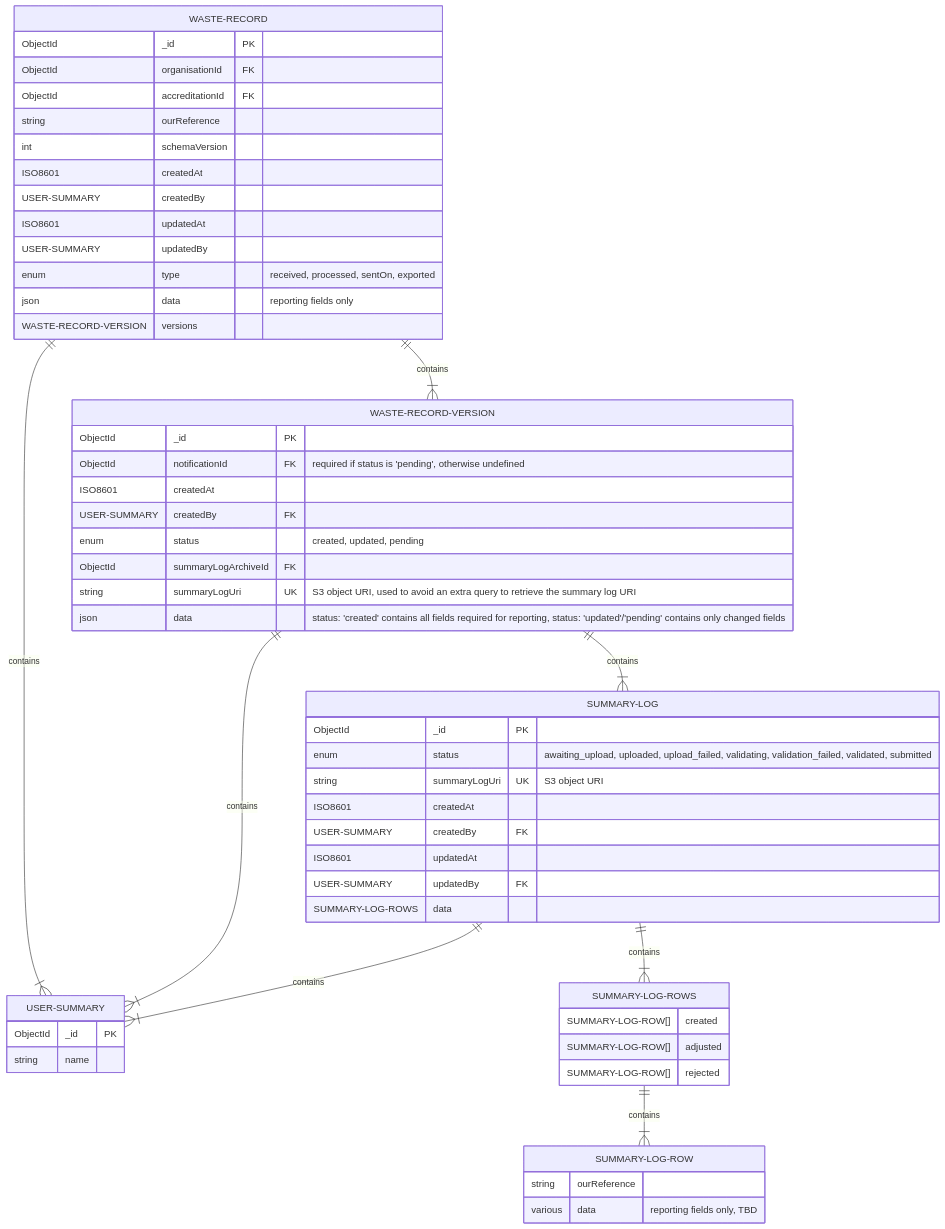
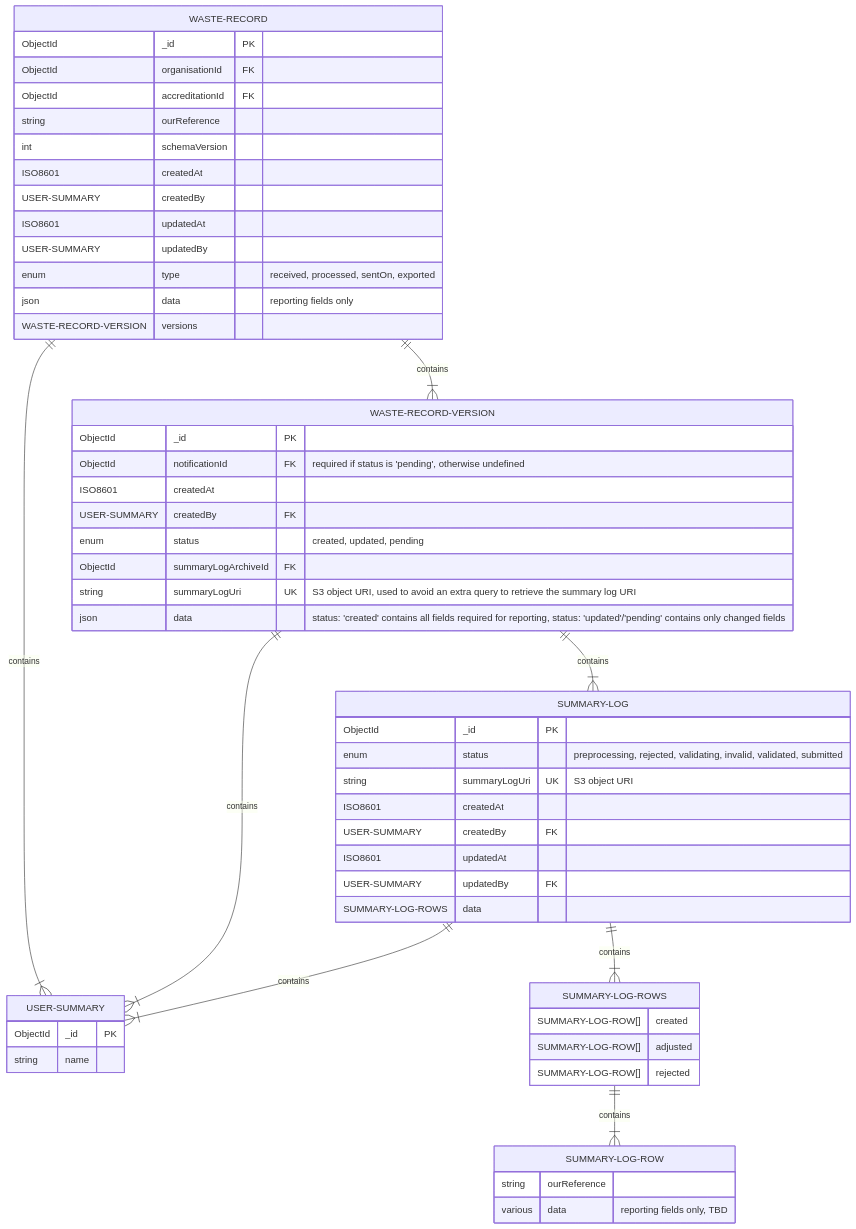
One commit to DEFRA/epr-backend changed the first of 3 diagrams in docs/architecture/discovery/pepr-lld.md. Above: the diagram before and after it, drawn with Mermaid. The commit also changed other lines of this file and 1 other file, not shown here.

Commit message:
Update summary log upload flow and state names

````diff
--- a/docs/architecture/discovery/pepr-lld.md
+++ b/docs/architecture/discovery/pepr-lld.md
@@ -309,63 +322,63 @@
 ```mermaid
 erDiagram
   WASTE-RECORD {
     ObjectId _id PK
     ObjectId organisationId FK
     ObjectId accreditationId FK
     string ourReference
     int schemaVersion
     ISO8601 createdAt
     USER-SUMMARY createdBy
     ISO8601 updatedAt
     USER-SUMMARY updatedBy
     enum type "received, processed, sentOn, exported"
     json data "reporting fields only"
     WASTE-RECORD-VERSION versions
   }
 
   WASTE-RECORD-VERSION {
     ObjectId _id PK
     ObjectId notificationId FK "required if status is 'pending', otherwise undefined"
     ISO8601 createdAt
     USER-SUMMARY createdBy FK
     enum status "created, updated, pending"
     ObjectId summaryLogArchiveId FK
     string summaryLogUri UK "S3 object URI, used to avoid an extra query to retrieve the summary log URI"
     json data "status: 'created' contains all fields required for reporting, status: 'updated'/'pending' contains only changed fields"
   }
 
   USER-SUMMARY {
     ObjectId _id PK
     string name
   }
 
   SUMMARY-LOG {
     ObjectId _id PK
-    enum status "awaiting_upload, uploaded, upload_failed, validating, validation_failed, validated, submitted"
+    enum status "preprocessing, rejected, validating, invalid, validated, submitted"
     string summaryLogUri UK "S3 object URI"
     ISO8601 createdAt
     USER-SUMMARY createdBy FK
     ISO8601 updatedAt
     USER-SUMMARY updatedBy FK
     SUMMARY-LOG-ROWS data
   }
 
   SUMMARY-LOG-ROWS {
     SUMMARY-LOG-ROW[] created
     SUMMARY-LOG-ROW[] adjusted
     SUMMARY-LOG-ROW[] rejected
   }
 
   SUMMARY-LOG-ROW {
     string ourReference
     various data "reporting fields only, TBD"
   }
 
   WASTE-RECORD ||--|{ WASTE-RECORD-VERSION : contains
   WASTE-RECORD ||--|{ USER-SUMMARY : contains
   WASTE-RECORD-VERSION ||--|{ USER-SUMMARY : contains
   WASTE-RECORD-VERSION ||--|{ SUMMARY-LOG : contains
   SUMMARY-LOG ||--|{ USER-SUMMARY : contains
   SUMMARY-LOG ||--|{ SUMMARY-LOG-ROWS : contains
   SUMMARY-LOG-ROWS ||--|{ SUMMARY-LOG-ROW : contains
 ```
````
